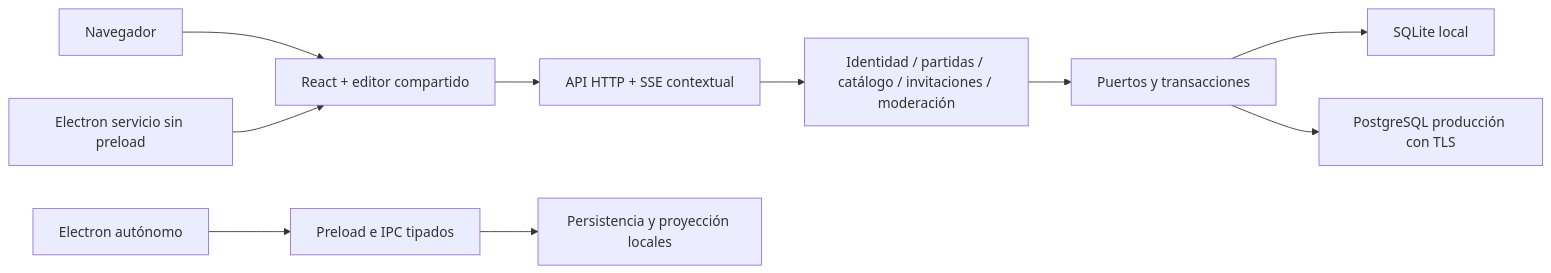
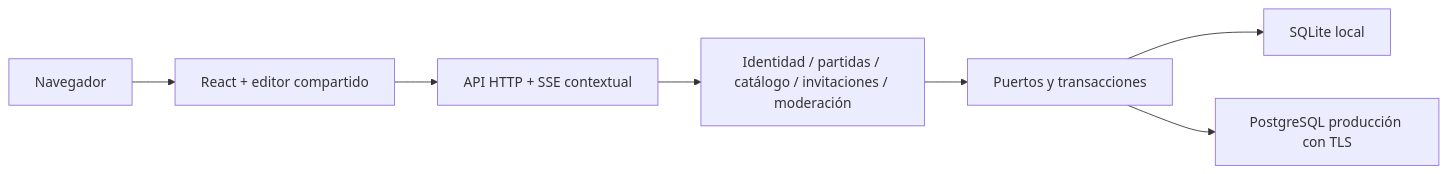
One commit to minrock/ttrpg-effects changed the diagram in SDD/arquitectura.md. Above: the diagram before and after it, drawn with Mermaid. The commit also changed other lines of this file and 108 other files, not shown here.

Commit message:
feat: retirar Electron y entregar servicio web 3.35.0

````diff
--- a/SDD/arquitectura.md
+++ b/SDD/arquitectura.md
@@ -5,12 +5,9 @@
 ```mermaid
 flowchart LR
   Navegador --> Web[React + editor compartido]
-  ElectronServicio[Electron servicio sin preload] --> Web
   Web --> HTTP[API HTTP + SSE contextual]
   HTTP --> Casos[Identidad / partidas / catálogo / invitaciones / moderación]
   Casos --> Puertos[Puertos y transacciones]
   Puertos --> SQLite[SQLite local]
   Puertos --> PostgreSQL[PostgreSQL producción con TLS]
-  ElectronLocal[Electron autónomo] --> Preload[Preload e IPC tipados]
-  Preload --> Local[Persistencia y proyección locales]
 ```
````
